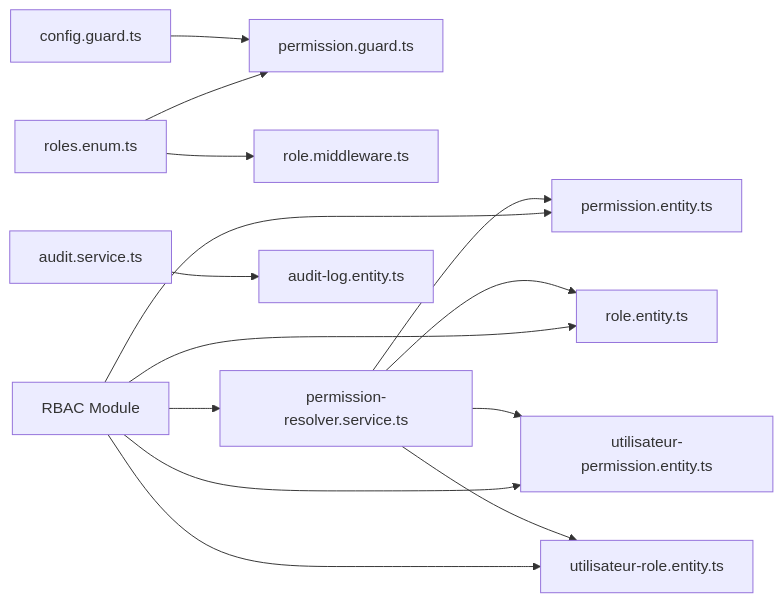
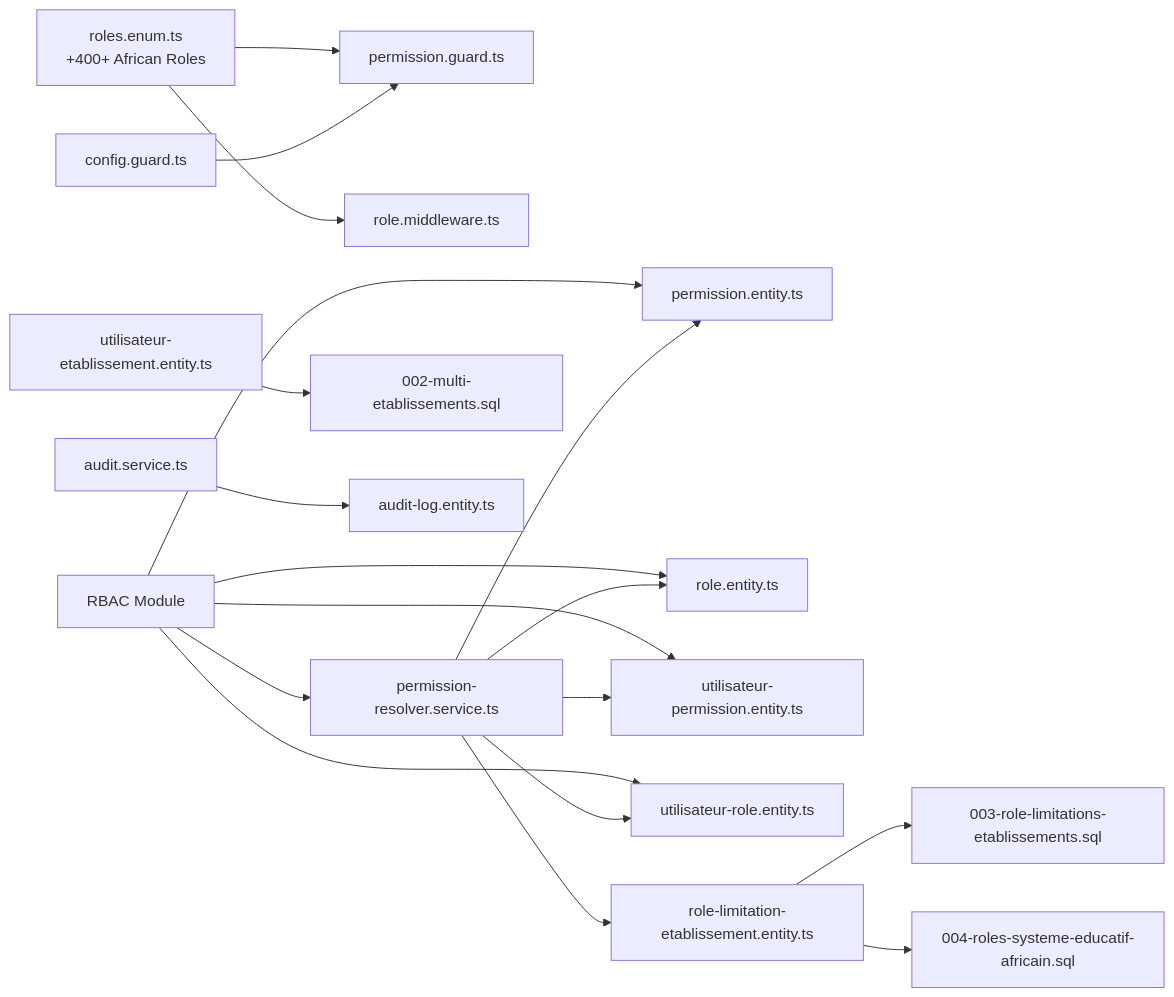
One commit to franckylab/eLISAschool changed the sixth of 6 diagrams in .qoder/repowiki/en/content/Authentication & Authorization/Role-Based Access Control.md. Above: the diagram before and after it, drawn with Mermaid. The commit also changed other lines of this file and 67 other files, not shown here.

````diff
--- a/.qoder/repowiki/en/content/Authentication & Authorization/Role-Based Access Control.md
+++ b/.qoder/repowiki/en/content/Authentication & Authorization/Role-Based Access Control.md
@@ -371,16 +487,20 @@
 ```mermaid
 graph LR
-LegacyRoles["roles.enum.ts"] --> PermGuard["permission.guard.ts"]
+LegacyRoles["roles.enum.ts<br/>+400+ African Roles"] --> PermGuard["permission.guard.ts"]
 LegacyRoles --> RoleMW["role.middleware.ts"]
 RBACModule["RBAC Module"] --> PermResolver["permission-resolver.service.ts"]
 RBACModule --> PermEntity["permission.entity.ts"]
 RBACModule --> RoleEntity["role.entity.ts"]
 RBACModule --> UserPermEntity["utilisateur-permission.entity.ts"]
 RBACModule --> UserRoleEntity["utilisateur-role.entity.ts"]
+RoleLimitations["role-limitation-etablissement.entity.ts"] --> RoleLimitMigration["003-role-limitations-etablissements.sql"]
+RoleLimitations --> AfricanRolesMigration["004-roles-systeme-educatif-africain.sql"]
+UserEtablissement["utilisateur-etablissement.entity.ts"] --> EtablissementMigration["002-multi-etablissements.sql"]
 PermResolver --> PermEntity
 PermResolver --> RoleEntity
 PermResolver --> UserPermEntity
 PermResolver --> UserRoleEntity
+PermResolver --> RoleLimitations
 AuditSvc["audit.service.ts"] --> AuditLog["audit-log.entity.ts"]
 ConfigGuard["config.guard.ts"] --> PermGuard
 ```
````
